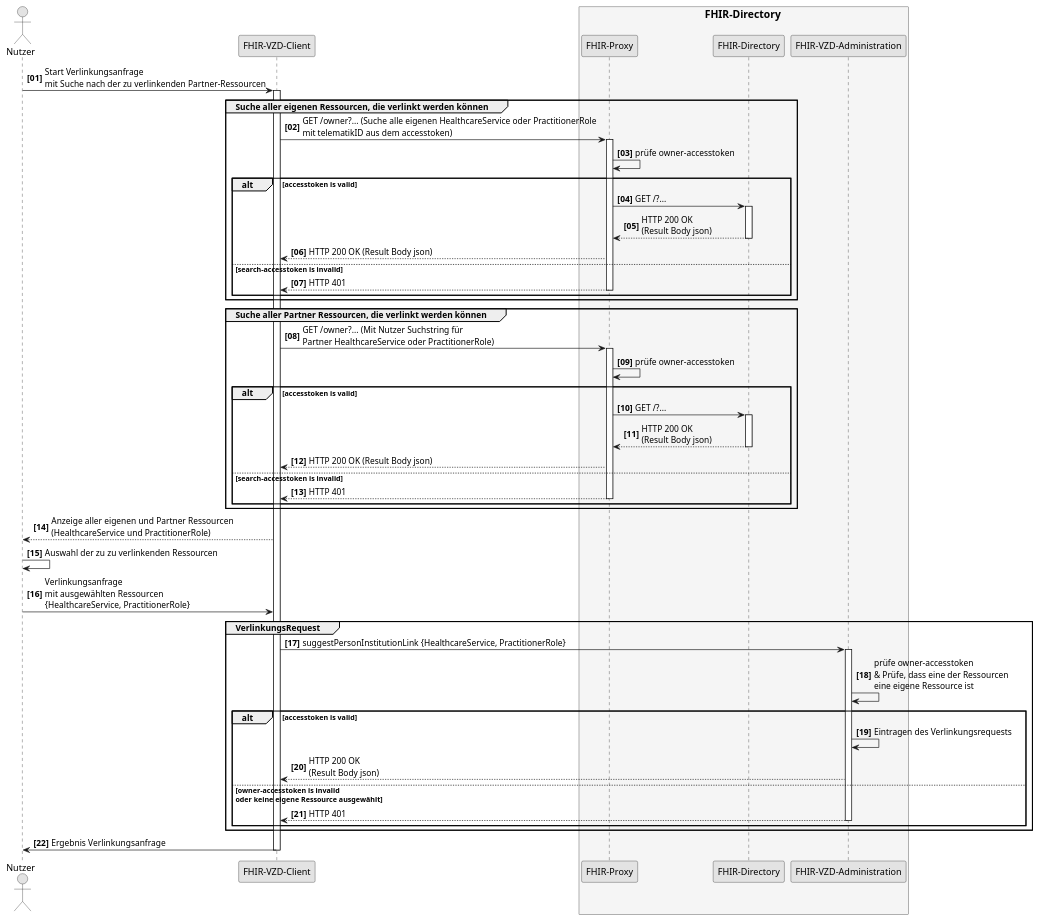
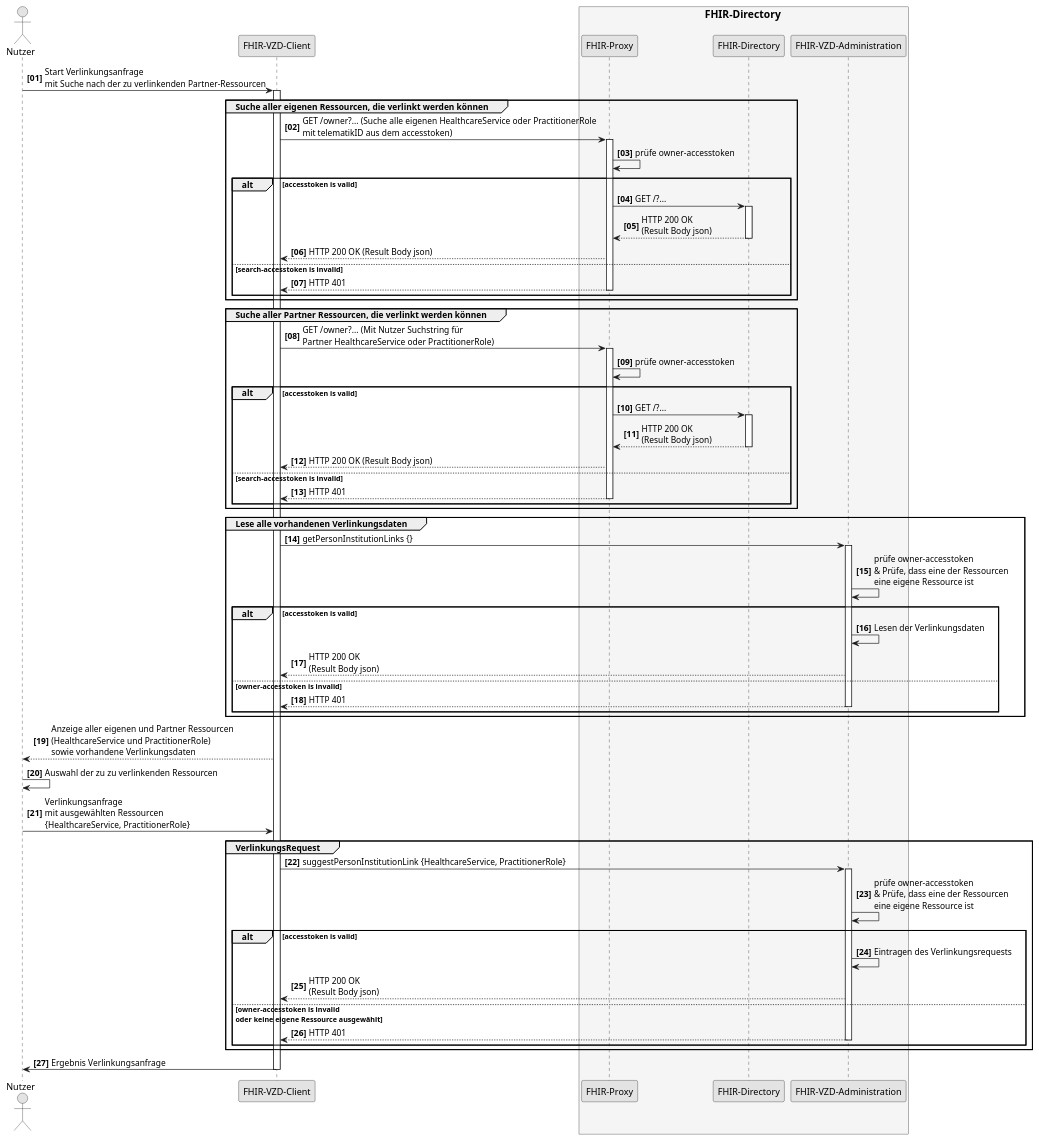
Before and after one commit to gematik/api-vzd: the diagram in src/plantuml/SequenceDiagram.FHIR-Directory.LinkRequest.puml, drawn with PlantUML.

```diff
--- a/src/plantuml/SequenceDiagram.FHIR-Directory.LinkRequest.puml
+++ b/src/plantuml/SequenceDiagram.FHIR-Directory.LinkRequest.puml
@@ -1,76 +1,91 @@
 @startuml SequenceDiagram.FHIR-Directory.linkRequest
 skinparam dpi 100
 skinparam WrapWidth 200
 skinparam monochrome true
 autonumber "<b>[00]"
 
 'title "FHIR-Directory, Sequenzdiagram link request'
 actor Nutzer
 participant cl as "FHIR-VZD-Client"
 box <size:16>FHIR-Directory</size> #WhiteSmoke
   participant fp as "FHIR-Proxy"
   participant fd as "FHIR-Directory"
   participant fa as "FHIR-VZD-Administration"
 end box
 
 Nutzer -> cl:Start Verlinkungsanfrage \nmit Suche nach der zu verlinkenden Partner-Ressourcen
 activate cl
 
 group Suche aller eigenen Ressourcen, die verlinkt werden können
   cl -> fp: GET /owner?... (Suche alle eigenen HealthcareService oder PractitionerRole \nmit telematikID aus dem accesstoken)
   activate fp
   fp -> fp: prüfe owner-accesstoken
 
     alt accesstoken is valid
       fp -> fd: GET /?...
       activate fd
       fd --> fp: HTTP 200 OK\n(Result Body json)
       deactivate fd
       fp --> cl: HTTP 200 OK (Result Body json)
      else search-accesstoken is invalid
       fp --> cl: HTTP 401
       deactivate fp
      end
 end
 
 group Suche aller Partner Ressourcen, die verlinkt werden können
   cl -> fp: GET /owner?... (Mit Nutzer Suchstring für \nPartner HealthcareService oder PractitionerRole)
   activate fp
   fp -> fp: prüfe owner-accesstoken
 
     alt accesstoken is valid
       fp -> fd: GET /?...
       activate fd
       fd --> fp: HTTP 200 OK\n(Result Body json)
       deactivate fd
       fp --> cl: HTTP 200 OK (Result Body json)
      else search-accesstoken is invalid
       fp --> cl: HTTP 401
       deactivate fp
      end
 end
 
-cl --> Nutzer:Anzeige aller eigenen und Partner Ressourcen \n(HealthcareService und PractitionerRole)
+group Lese alle vorhandenen Verlinkungsdaten
+  cl -> fa: getPersonInstitutionLinks {}
+  activate fa
+  fa -> fa: prüfe owner-accesstoken\n& Prüfe, dass eine der Ressourcen \neine eigene Ressource ist
+
+    alt accesstoken is valid
+      fa -> fa: Lesen der Verlinkungsdaten
+      fa --> cl: HTTP 200 OK\n(Result Body json)
+      
+     else owner-accesstoken is invalid
+      fa --> cl: HTTP 401
+      deactivate fa
+     end
+end
+
+cl --> Nutzer:Anzeige aller eigenen und Partner Ressourcen \n(HealthcareService und PractitionerRole) \nsowie vorhandene Verlinkungsdaten
 Nutzer -> Nutzer: Auswahl der zu zu verlinkenden Ressourcen
 Nutzer -> cl: Verlinkungsanfrage \nmit ausgewählten Ressourcen \n{HealthcareService, PractitionerRole}
 
 group VerlinkungsRequest
   cl -> fa: suggestPersonInstitutionLink {HealthcareService, PractitionerRole}
   activate fa
   fa -> fa: prüfe owner-accesstoken\n& Prüfe, dass eine der Ressourcen \neine eigene Ressource ist
 
     alt accesstoken is valid
       fa -> fa: Eintragen des Verlinkungsrequests
       fa --> cl: HTTP 200 OK\n(Result Body json)
       
      else owner-accesstoken is invalid\noder keine eigene Ressource ausgewählt
       fa --> cl: HTTP 401
       deactivate fa
      end
 end
 
 cl -> Nutzer: Ergebnis Verlinkungsanfrage
 
 deactivate cl
 
 @enduml
```
